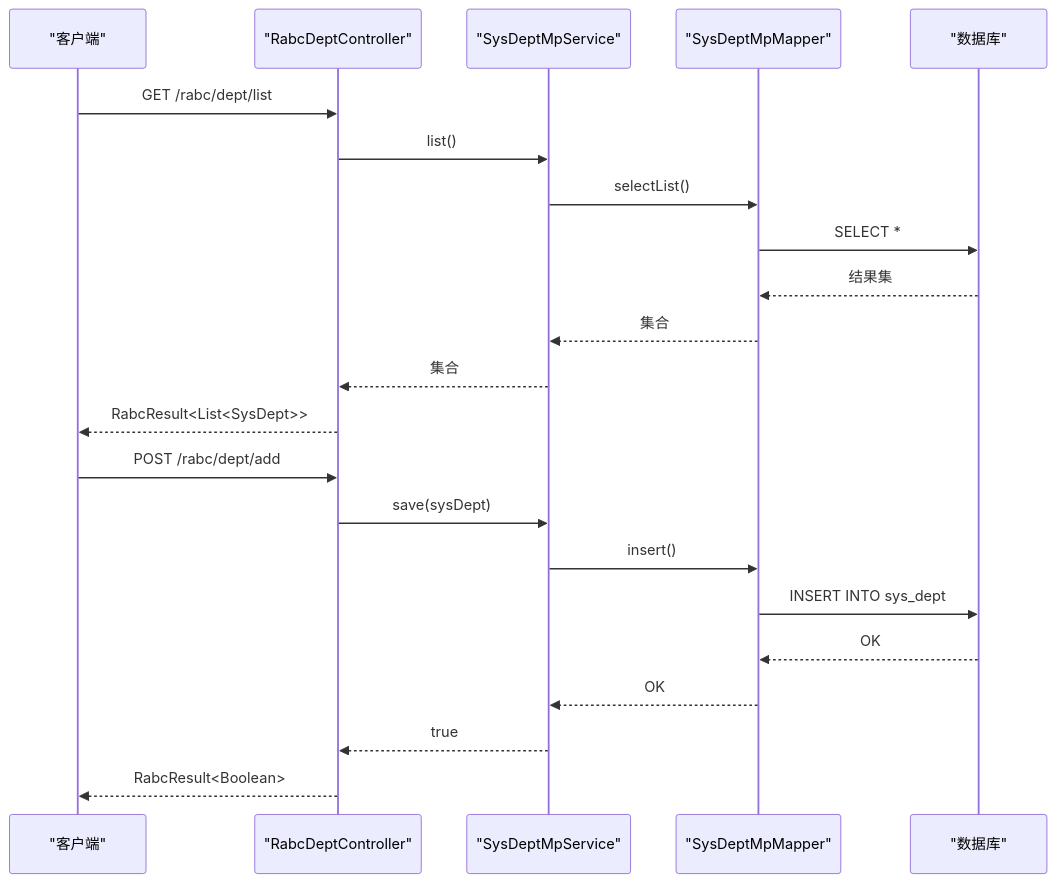
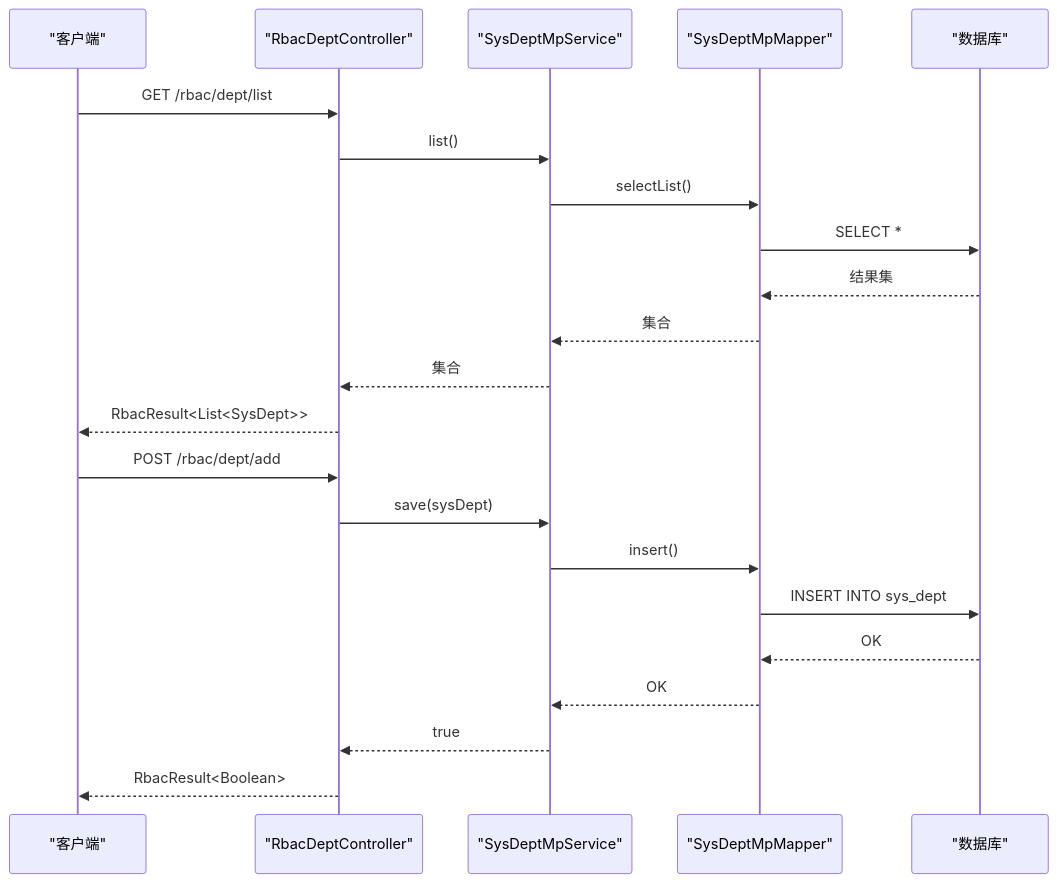
One commit to LiukewenSC/kewen-framework changed the second of 5 diagrams in .qoder/repowiki/zh/content/权限系统 (qy-auth)/RBAC实现 (auth-rbac)/部门管理.md. Above: the diagram before and after it, drawn with Mermaid. The commit also changed other lines of this file and 764 other files, not shown here.

````diff
--- a/.qoder/repowiki/zh/content/权限系统 (qy-auth)/RBAC实现 (auth-rbac)/部门管理.md
+++ b/.qoder/repowiki/zh/content/权限系统 (qy-auth)/RBAC实现 (auth-rbac)/部门管理.md
@@ -106,24 +106,24 @@
 ```mermaid
 sequenceDiagram
 participant Client as "客户端"
-participant Ctrl as "RabcDeptController"
+participant Ctrl as "RbacDeptController"
 participant Svc as "SysDeptMpService"
 participant Mapper as "SysDeptMpMapper"
 participant DB as "数据库"
-Client->>Ctrl : GET /rabc/dept/list
+Client->>Ctrl : GET /rbac/dept/list
 Ctrl->>Svc : list()
 Svc->>Mapper : selectList()
 Mapper->>DB : SELECT *
 DB-->>Mapper : 结果集
 Mapper-->>Svc : 集合
 Svc-->>Ctrl : 集合
-Ctrl-->>Client : RabcResult<List<SysDept>>
-Client->>Ctrl : POST /rabc/dept/add
+Ctrl-->>Client : RbacResult<List<SysDept>>
+Client->>Ctrl : POST /rbac/dept/add
 Ctrl->>Svc : save(sysDept)
 Svc->>Mapper : insert()
 Mapper->>DB : INSERT INTO sys_dept
 DB-->>Mapper : OK
 Mapper-->>Svc : OK
 Svc-->>Ctrl : true
-Ctrl-->>Client : RabcResult<Boolean>
+Ctrl-->>Client : RbacResult<Boolean>
 ```
````
